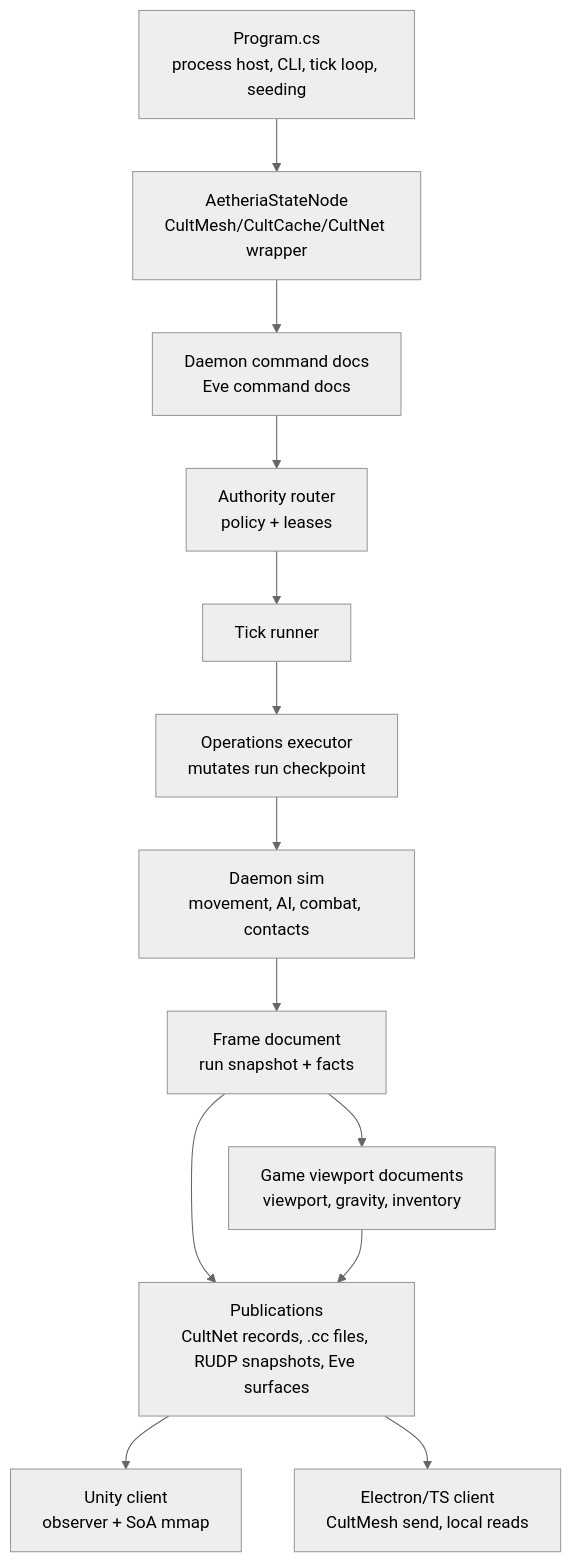
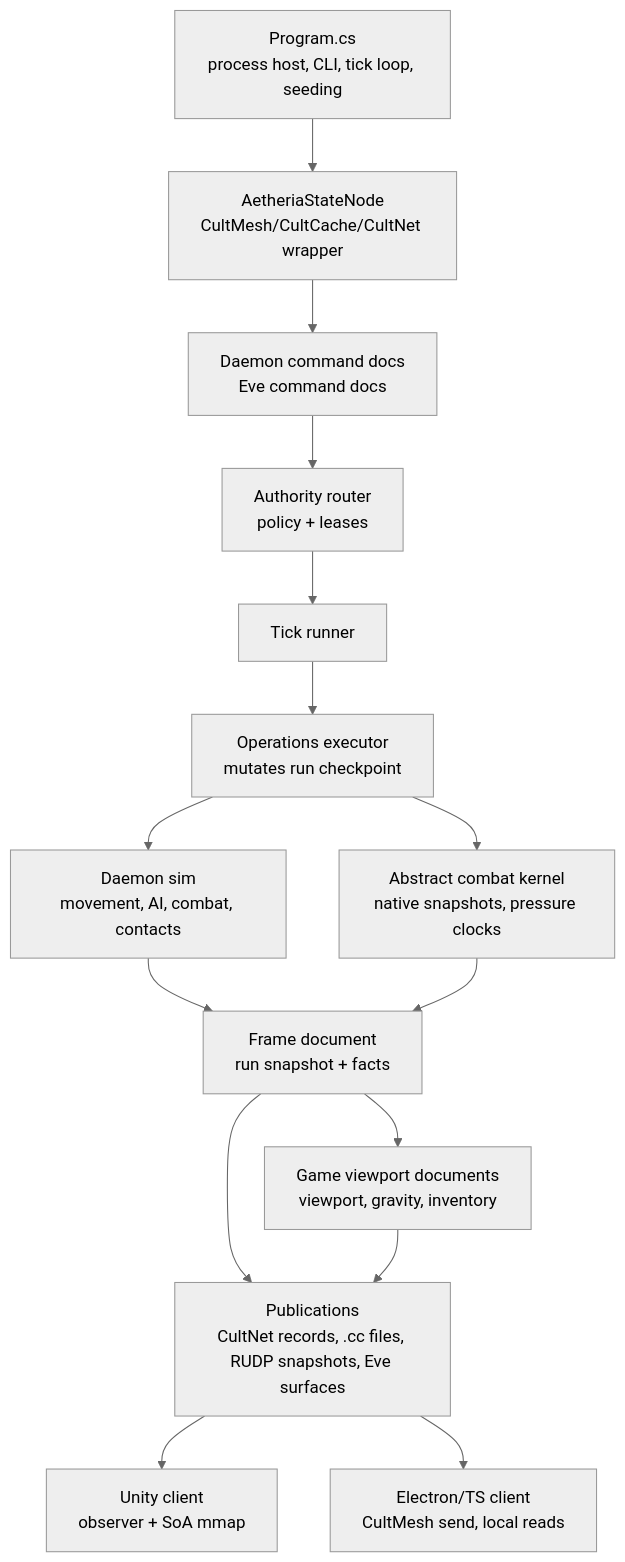
The first of 2 diagrams in Aetheria.State/docs/daemon-code-map-for-rust-port.md (GameCult/AetheriaEve), drawn with Mermaid (neutral theme) before and after one commit. The commit also changed other lines of this file and 5 other files, not shown here.

Commit message:
Add daemon abstract combat kernel

````diff
--- a/Aetheria.State/docs/daemon-code-map-for-rust-port.md
+++ b/Aetheria.State/docs/daemon-code-map-for-rust-port.md
@@ -25,28 +25,31 @@
 ```mermaid
 flowchart TD
     Host["Program.cs\nprocess host, CLI, tick loop, seeding"]
     Node["AetheriaStateNode\nCultMesh/CultCache/CultNet wrapper"]
     Commands["Daemon command docs\nEve command docs"]
     Authority["Authority router\npolicy + leases"]
     Tick["Tick runner"]
     Ops["Operations executor\nmutates run checkpoint"]
     Sim["Daemon sim\nmovement, AI, combat, contacts"]
+    CombatKernel["Abstract combat kernel\nnative snapshots, pressure clocks"]
     Frame["Frame document\nrun snapshot + facts"]
     Projection["Game viewport documents\nviewport, gravity, inventory"]
     Publications["Publications\nCultNet records, .cc files, RUDP snapshots, Eve surfaces"]
     Unity["Unity client\nobserver + SoA mmap"]
     TS["Electron/TS client\nCultMesh send, local reads"]
 
     Host --> Node
     Node --> Commands
     Commands --> Authority
     Authority --> Tick
     Tick --> Ops
     Ops --> Sim
+    Ops --> CombatKernel
     Sim --> Frame
+    CombatKernel --> Frame
     Frame --> Projection
     Frame --> Publications
     Projection --> Publications
     Publications --> Unity
     Publications --> TS
 ```
````
